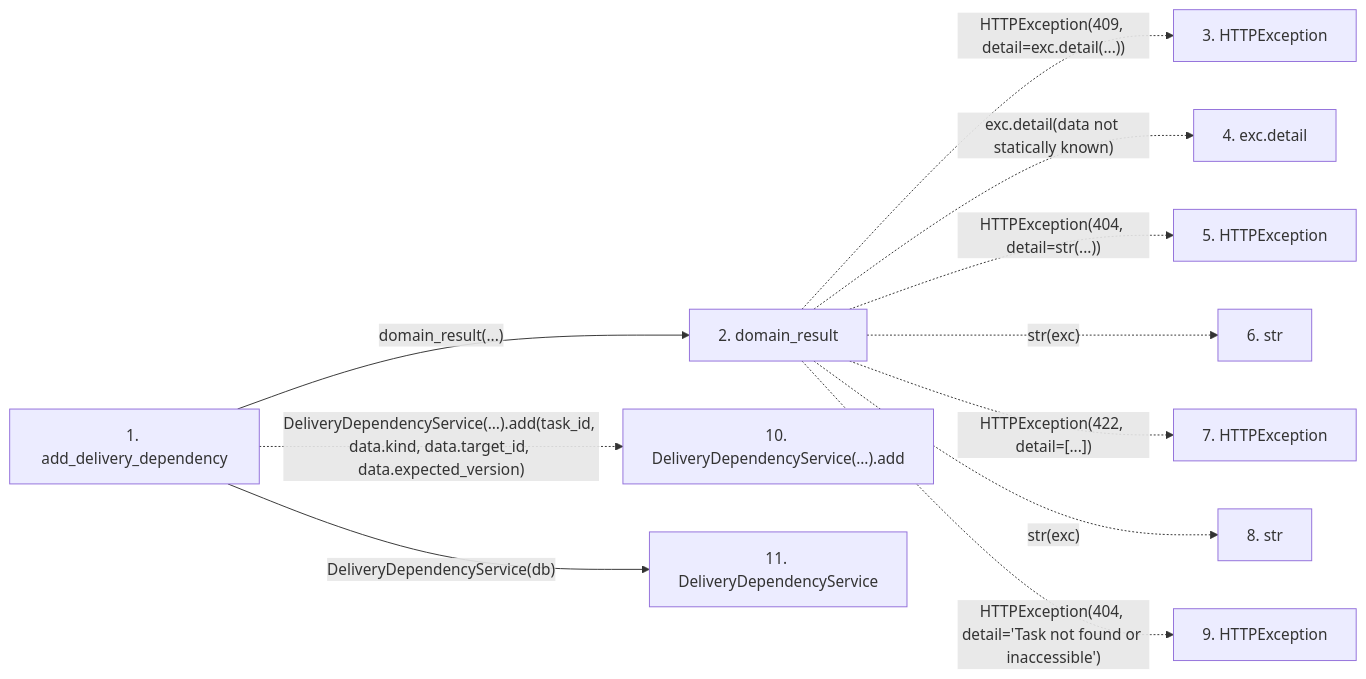
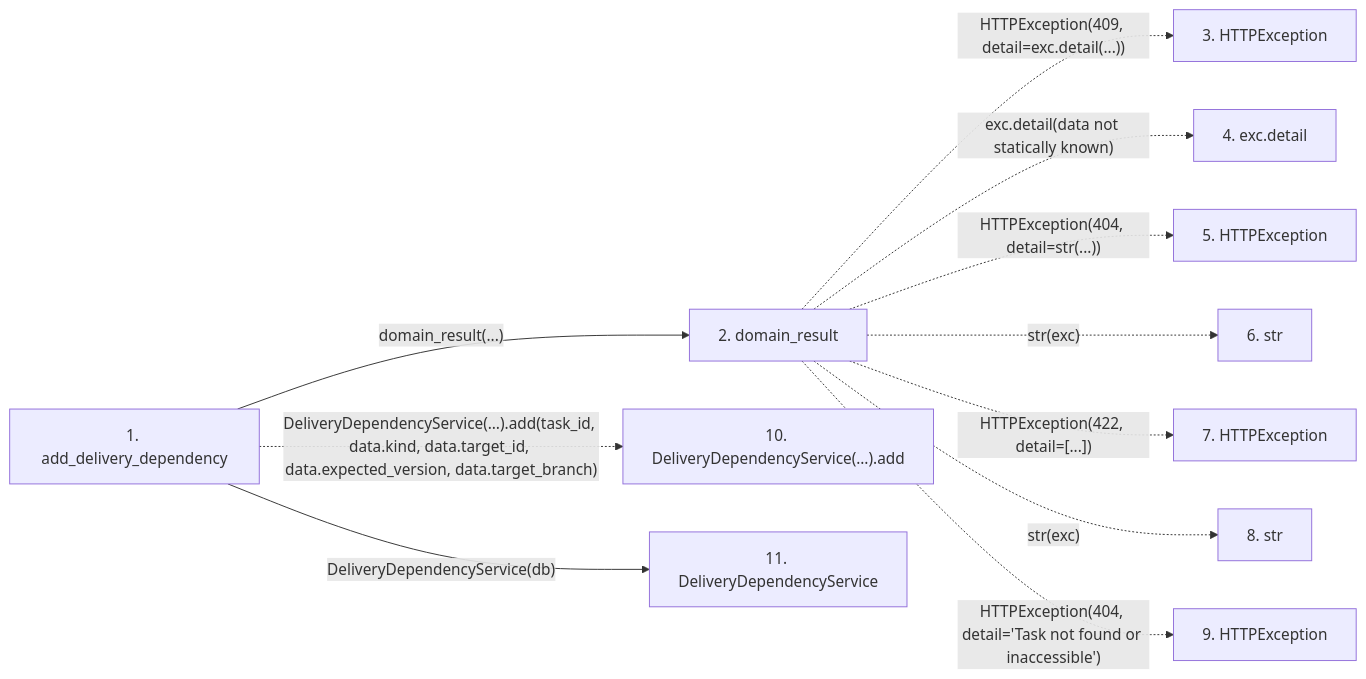
Before and after one commit to Denissvgn/WorkChord: the second of 2 diagrams in docs/llm_wiki/flows/http-add_delivery_dependency.md, drawn with Mermaid. The commit also changed other lines of this file and 1817 other files, not shown here.

First line of the commit message:
Refresh the architectural wiki for the 1.9.0 changes

````diff
--- a/docs/llm_wiki/flows/http-add_delivery_dependency.md
+++ b/docs/llm_wiki/flows/http-add_delivery_dependency.md
@@ -67,27 +67,27 @@
 ```mermaid
 flowchart LR
     s1["1. add_delivery_dependency"]
     s2["2. domain_result"]
     s3["3. HTTPException"]
     s4["4. exc.detail"]
     s5["5. HTTPException"]
     s6["6. str"]
     s7["7. HTTPException"]
     s8["8. str"]
     s9["9. HTTPException"]
     s10["10. DeliveryDependencyService(…).add"]
     s11["11. DeliveryDependencyService"]
     s1 -->|"domain_result(...)"| s2
     s2 -. "HTTPException(409, detail=exc.detail(...))" .-> s3
     s2 -. "exc.detail(data not statically known)" .-> s4
     s2 -. "HTTPException(404, detail=str(...))" .-> s5
     s2 -. "str(exc)" .-> s6
     s2 -. "HTTPException(422, detail=[...])" .-> s7
     s2 -. "str(exc)" .-> s8
     s2 -. "HTTPException(404, detail='Task not found or inaccessible')" .-> s9
-    s1 -. "DeliveryDependencyService(…).add(task_id, data.kind, data.target_id, data.expected_version)" .-> s10
+    s1 -. "DeliveryDependencyService(…).add(task_id, data.kind, data.target_id, data.expected_version, data.target_branch)" .-> s10
     s1 -->|"DeliveryDependencyService(db)"| s11
     click s1 "../modules/delivery_dependencies.md"
     click s2 "../modules/routers_task_domain.md"
     click s11 "../modules/delivery_dependency_service.md"
 ```
````
